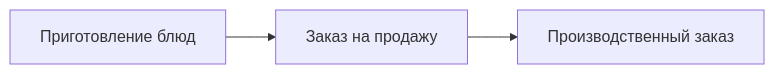
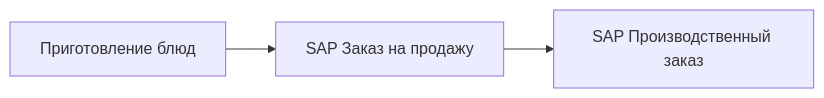
The third of 5 diagrams in Begin/Pre-QRF/Sales-Process/00.-Сопоставление-документов-SAP-с-процессом-продажи.md (nikmad-ops/roinworld-sap-b1-docs), drawn with Mermaid before and after one commit. The commit also changed other lines of this file, not shown here.

Commit message:
Updated 00. Сопоставление документов SAP с процессом продажи

```diff
--- a/Begin/Pre-QRF/Sales-Process/00.-Сопоставление-документов-SAP-с-процессом-продажи.md
+++ b/Begin/Pre-QRF/Sales-Process/00.-Сопоставление-документов-SAP-с-процессом-продажи.md
@@ -12,4 +12,4 @@
 ::: mermaid
  graph LR;
- A[Приготовление блюд] --> B[Заказ на продажу] --> С[Производственный заказ];
+ A[Приготовление блюд] --> B[SAP Заказ на продажу] --> С[SAP Производственный заказ];
 :::
```
